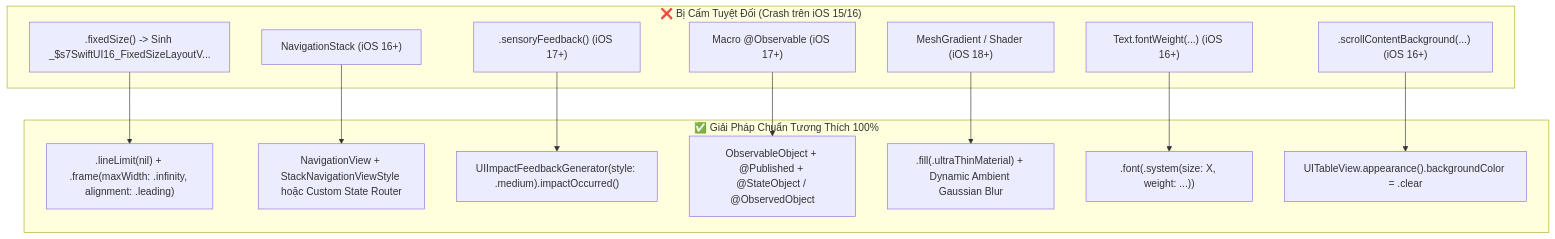
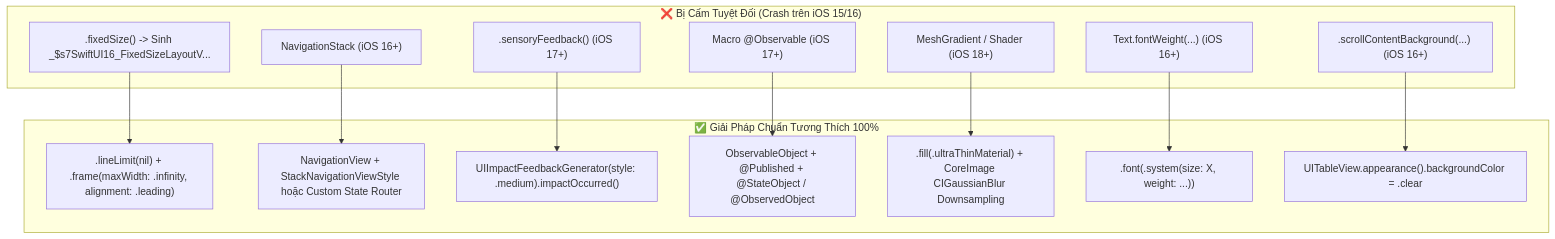
One commit to MeoHunterr/Scandium changed the third of 6 diagrams in TECHNICAL_OVERVIEW.md. Above: the diagram before and after it, drawn with Mermaid. The commit also changed other lines of this file and 1 other file, not shown here.

Commit message:
docs: align TECHNICAL_OVERVIEW.md & README.md with v1.4.0 architecture

````diff
--- a/TECHNICAL_OVERVIEW.md
+++ b/TECHNICAL_OVERVIEW.md
@@ -142,28 +141,28 @@
 ```mermaid
 graph TD
     subgraph CẤM_TUYỆT_ĐỐI["❌ Bị Cấm Tuyệt Đối (Crash trên iOS 15/16)"]
         A1[".fixedSize() -> Sinh _$s7SwiftUI16_FixedSizeLayoutV..."]
         A2["NavigationStack (iOS 16+)"]
         A3[".sensoryFeedback() (iOS 17+)"]
         A4["Macro @Observable (iOS 17+)"]
         A5["MeshGradient / Shader (iOS 18+)"]
         A6["Text.fontWeight(...) (iOS 16+)"]
         A7[".scrollContentBackground(...) (iOS 16+)"]
     end
     subgraph THAY_THẾ_CHUẨN["✅ Giải Pháp Chuẩn Tương Thích 100%"]
         B1[".lineLimit(nil) + .frame(maxWidth: .infinity, alignment: .leading)"]
         B2["NavigationView + StackNavigationViewStyle hoặc Custom State Router"]
         B3["UIImpactFeedbackGenerator(style: .medium).impactOccurred()"]
         B4["ObservableObject + @Published + @StateObject / @ObservedObject"]
-        B5[".fill(.ultraThinMaterial) + Dynamic Ambient Gaussian Blur"]
+        B5[".fill(.ultraThinMaterial) + CoreImage CIGaussianBlur Downsampling"]
         B6[".font(.system(size: X, weight: ...))"]
         B7["UITableView.appearance().backgroundColor = .clear"]
     end
     A1 --> B1
     A2 --> B2
     A3 --> B3
     A4 --> B4
     A5 --> B5
     A6 --> B6
     A7 --> B7
 ```
````
